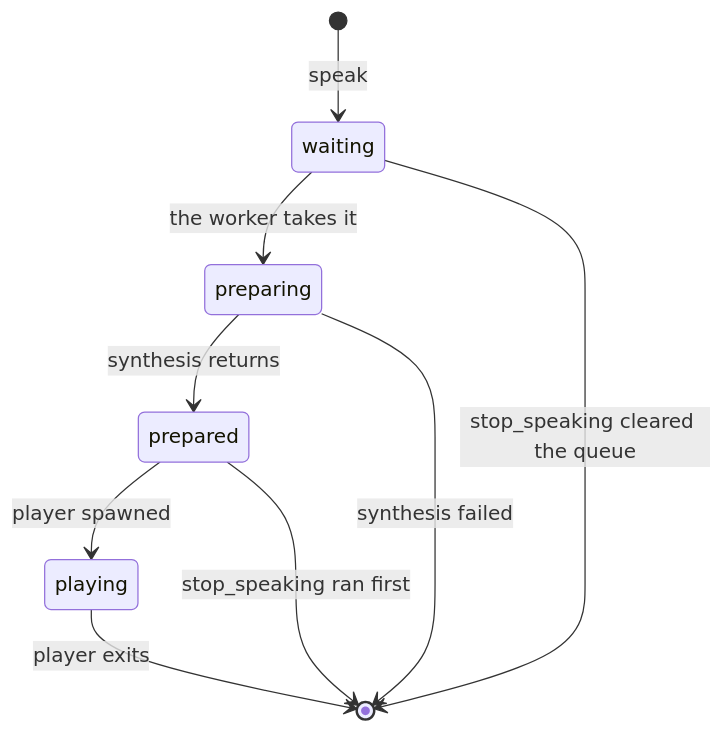
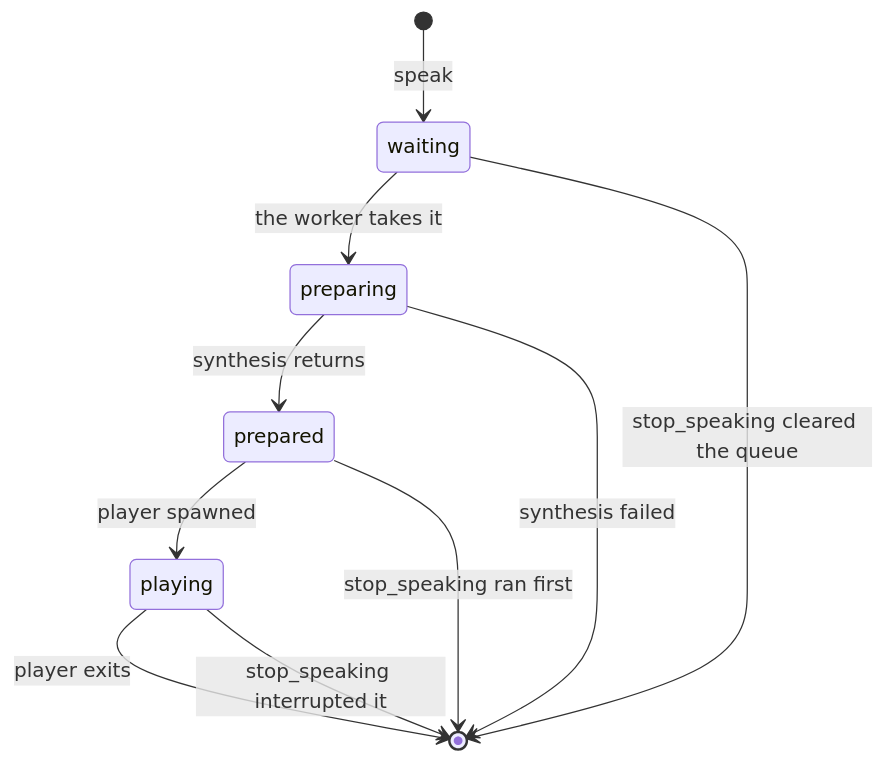
Before and after one commit to danilogr/voicebox: the diagram in harness/user-flow.md, drawn with Mermaid. The commit also changed other lines of this file and 5 other files, not shown here.

````diff
--- a/harness/user-flow.md
+++ b/harness/user-flow.md
@@ -21,11 +23,12 @@
 ```mermaid
 stateDiagram-v2
     [*] --> waiting: speak
     waiting --> preparing: the worker takes it
     preparing --> prepared: synthesis returns
     prepared --> playing: player spawned
     playing --> [*]: player exits
+    playing --> [*]: stop_speaking interrupted it
     preparing --> [*]: synthesis failed
     prepared --> [*]: stop_speaking ran first
     waiting --> [*]: stop_speaking cleared the queue
 ```
````
